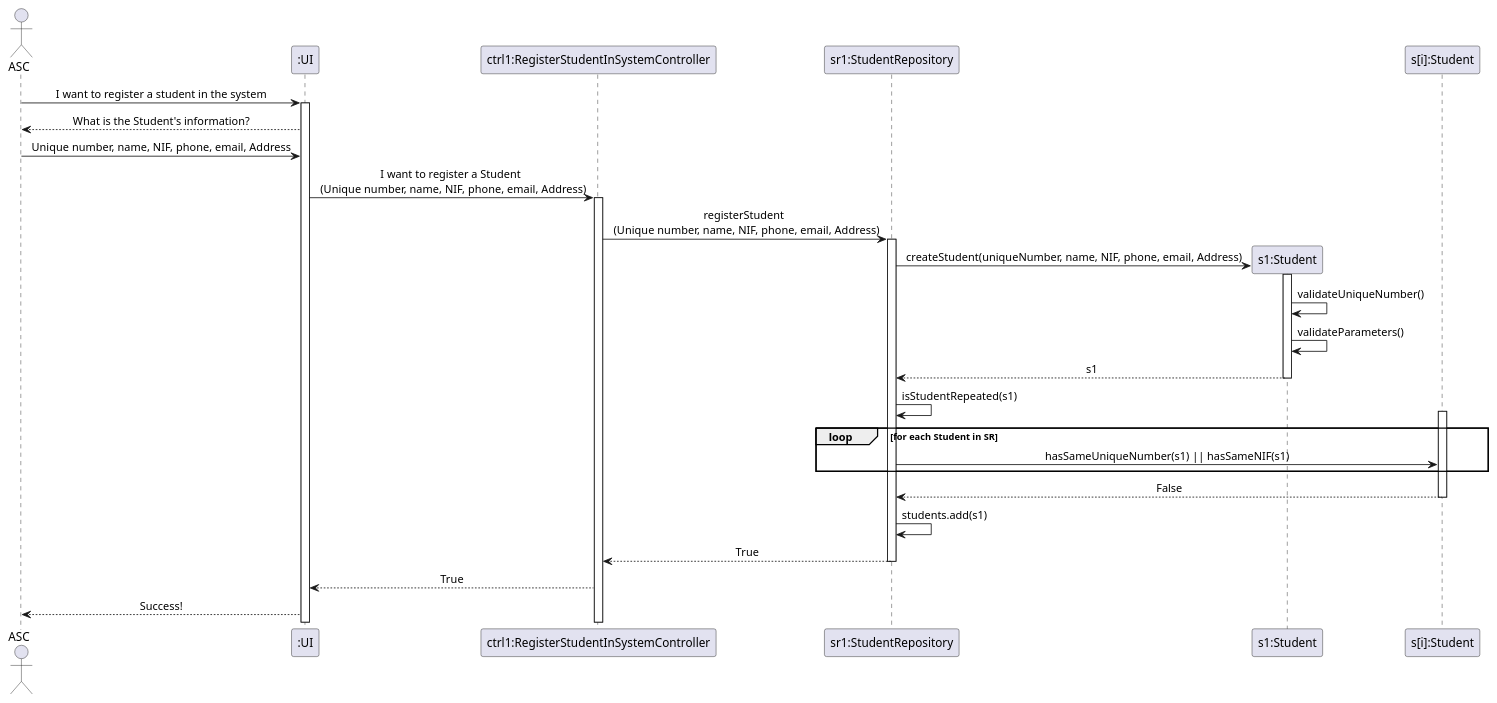
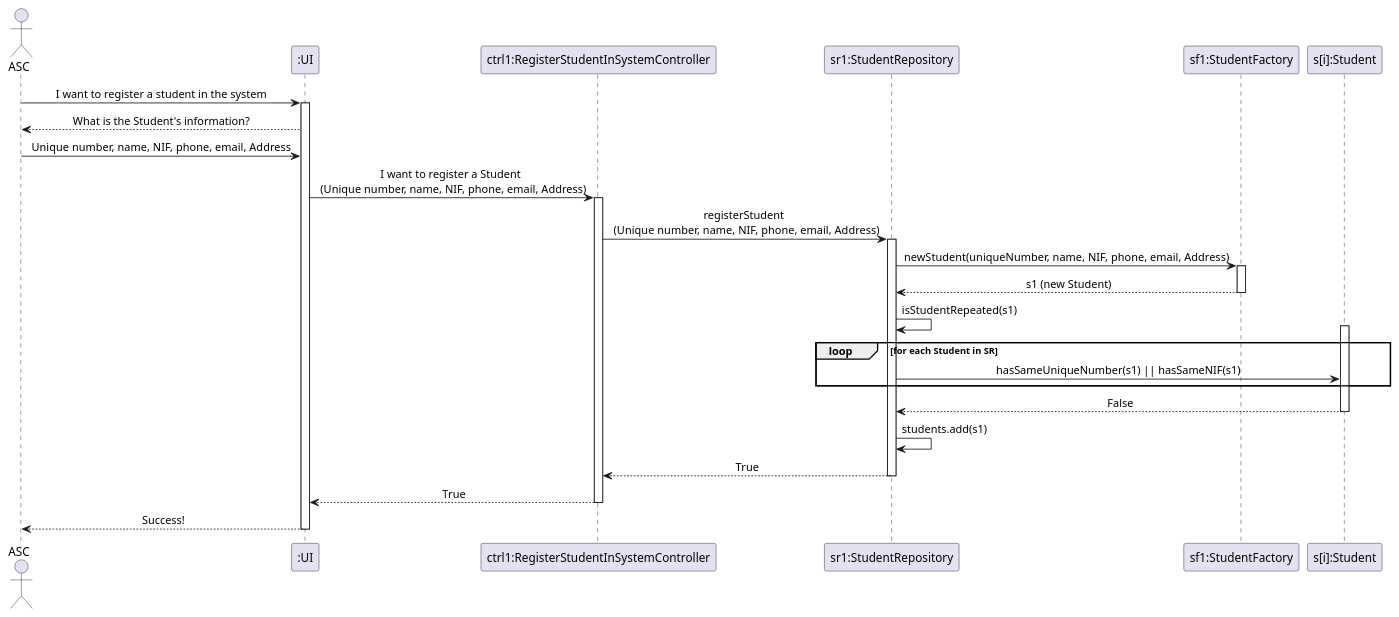
Before and after one commit to GasparISEP/DevOps-PAI: the diagram in docs/US08/US08_RegisterStudentInSystem.puml, drawn with PlantUML.

Commit message:
Updated US08 Sequence Diagram

```diff
--- a/docs/US08/US08_RegisterStudentInSystem.puml
+++ b/docs/US08/US08_RegisterStudentInSystem.puml
@@ -1,44 +1,44 @@
 @startuml
 
 skinparam sequenceMessageAlign center
 
 actor ASC
 participant ":UI" as UI
 participant "ctrl1:RegisterStudentInSystemController" as ctrl
 participant "sr1:StudentRepository" as SR
-participant "s1:Student" as Student1
+participant "sf1:StudentFactory" as SF
 participant "s[i]:Student" as Student
 
 ASC -> UI: I want to register a student in the system
 activate UI
 UI --> ASC: What is the Student's information?
 ASC -> UI: Unique number, name, NIF, phone, email, Address
 UI -> ctrl: I want to register a Student \n (Unique number, name, NIF, phone, email, Address)
 activate ctrl
 ctrl -> SR: registerStudent \n (Unique number, name, NIF, phone, email, Address)
 activate SR
 
-create Student1
-SR -> Student1: createStudent(uniqueNumber, name, NIF, phone, email, Address)
-activate Student1
-Student1 -> Student1: validateUniqueNumber()
-Student1 -> Student1: validateParameters()
-Student1 --> SR: s1
-deactivate Student1
+SR -> SF: newStudent(uniqueNumber, name, NIF, phone, email, Address)
+activate SF
+SF --> SR: s1 (new Student)
+deactivate SF
+
 SR -> SR : isStudentRepeated(s1)
 
 loop for each Student in SR
     activate Student
     SR -> Student: hasSameUniqueNumber(s1) || hasSameNIF(s1)
 end
 
 Student --> SR : False
 deactivate Student
 
 SR -> SR: students.add(s1)
 SR --> ctrl: True
 deactivate SR
 ctrl --> UI: True
+deactivate ctrl
 UI --> ASC: Success!
+deactivate UI
 
 @enduml
```
